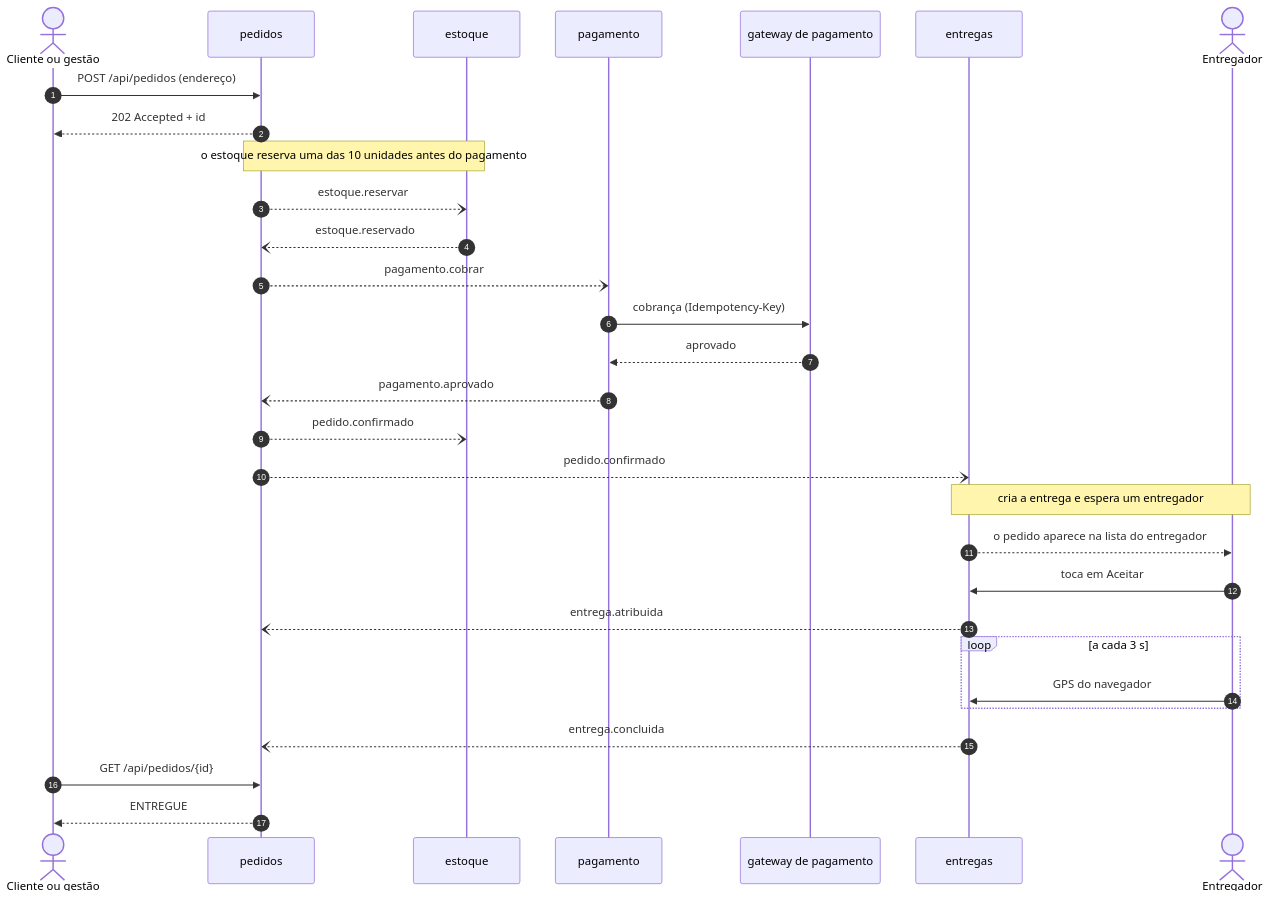
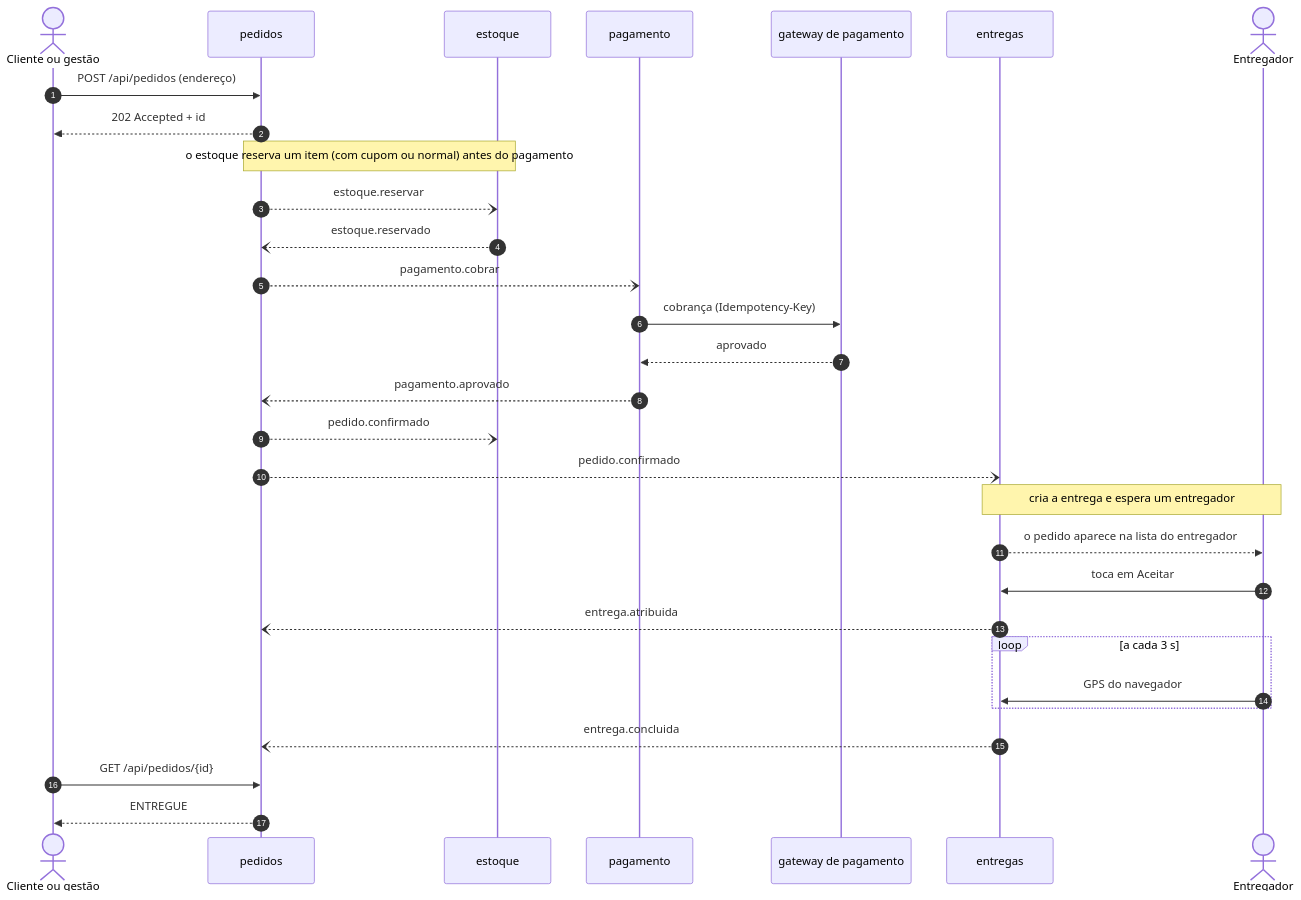
One commit to yurirrabelo/5bitsdelivery changed the diagram in docs/arquitetura/saga.mmd. Above: the diagram before and after it, drawn with Mermaid. The commit also changed 50 other files, not shown here.

```diff
--- a/docs/arquitetura/saga.mmd
+++ b/docs/arquitetura/saga.mmd
@@ -1,30 +1,30 @@
 sequenceDiagram
     autonumber
     actor C as Cliente ou gestão
     participant P as pedidos
     participant E as estoque
     participant PG as pagamento
     participant GW as gateway de pagamento
     participant ENT as entregas
     actor M as Entregador
     C->>P: POST /api/pedidos (endereço)
     P-->>C: 202 Accepted + id
-    Note over P,E: o estoque reserva uma das 10 unidades antes do pagamento
+    Note over P,E: o estoque reserva um item (com cupom ou normal) antes do pagamento
     P--)E: estoque.reservar
     E--)P: estoque.reservado
     P--)PG: pagamento.cobrar
     PG->>GW: cobrança (Idempotency-Key)
     GW-->>PG: aprovado
     PG--)P: pagamento.aprovado
     P--)E: pedido.confirmado
     P--)ENT: pedido.confirmado
     Note over ENT,M: cria a entrega e espera um entregador
     ENT-->>M: o pedido aparece na lista do entregador
     M->>ENT: toca em Aceitar
     ENT--)P: entrega.atribuida
     loop a cada 3 s
         M->>ENT: GPS do navegador
     end
     ENT--)P: entrega.concluida
     C->>P: GET /api/pedidos/{id}
     P-->>C: ENTREGUE
```
